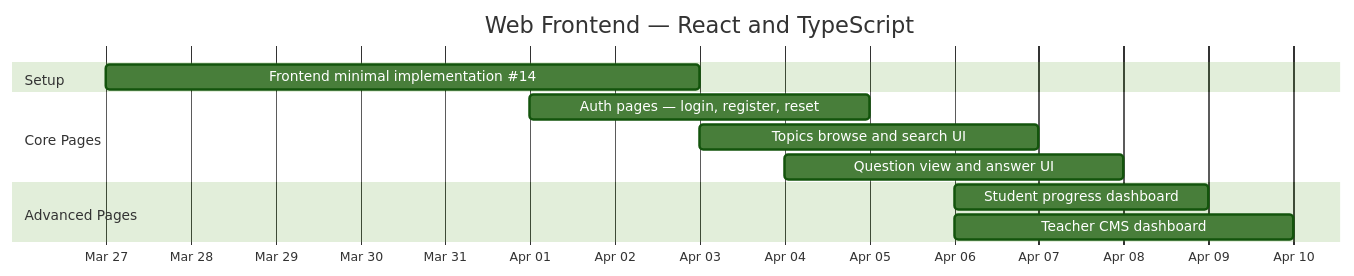
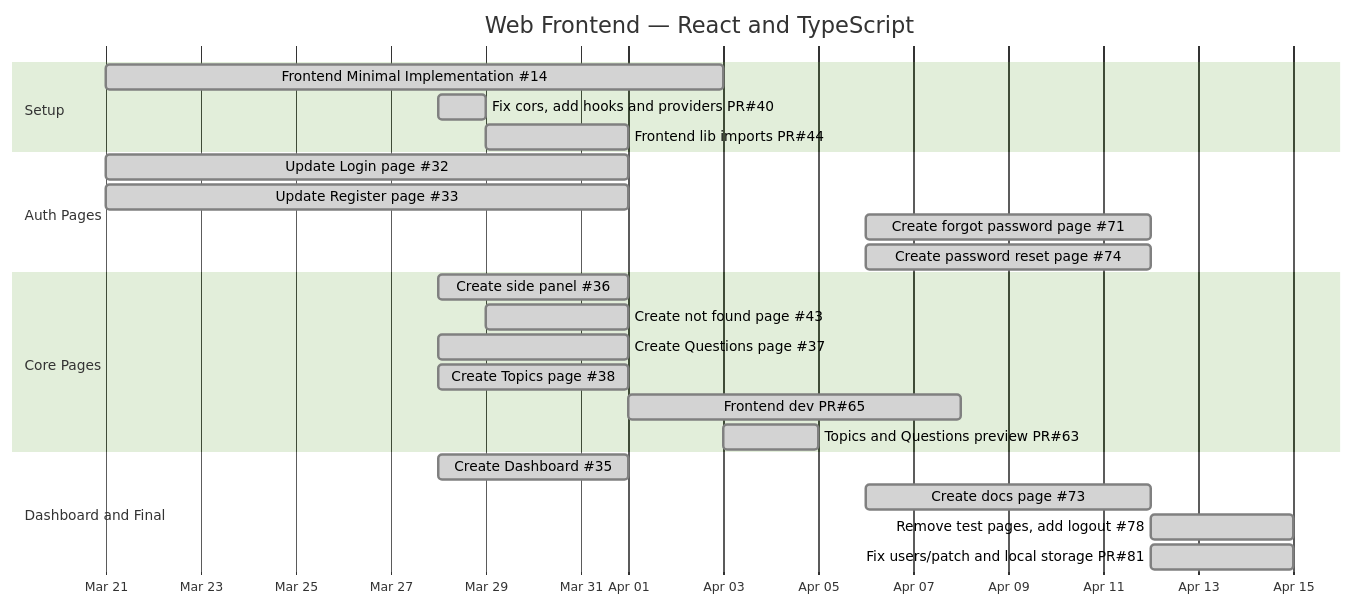
Before and after one commit to LuizGomes56/poosd_final_project: the third of 6 diagrams in GANTT.md, drawn with Mermaid (forest theme). The commit also changed other lines of this file and 1 other file, not shown here.

Commit message:
updated readme and gantt chart

````diff
--- a/GANTT.md
+++ b/GANTT.md
@@ -80,18 +75,31 @@
 ```mermaid
 gantt
     title Web Frontend — React and TypeScript
     dateFormat  YYYY-MM-DD
     axisFormat  %b %d
-
+ 
     section Setup
-    Frontend minimal implementation #14    : fe1, 2026-03-27, 2026-04-03
-
+    Frontend Minimal Implementation #14    :done, fe1, 2026-03-21, 2026-04-03
+    Fix cors, add hooks and providers PR#40 :done, fe2, 2026-03-28, 2026-03-29
+    Frontend lib imports PR#44             :done, fe3, 2026-03-29, 2026-04-01
+ 
+    section Auth Pages
+    Update Login page #32                  :done, fe4, 2026-03-21, 2026-04-01
+    Update Register page #33               :done, fe5, 2026-03-21, 2026-04-01
+    Create forgot password page #71        :done, fe6, 2026-04-06, 2026-04-12
+    Create password reset page #74         :done, fe7, 2026-04-06, 2026-04-12
+ 
     section Core Pages
-    Auth pages — login, register, reset    : fe2, 2026-04-01, 2026-04-05
-    Topics browse and search UI            : fe3, 2026-04-03, 2026-04-07
-    Question view and answer UI            : fe4, 2026-04-04, 2026-04-08
-
-    section Advanced Pages
-    Student progress dashboard             : fe5, 2026-04-06, 2026-04-09
-    Teacher CMS dashboard                  : fe6, 2026-04-06, 2026-04-10
+    Create side panel #36                  :done, fe8, 2026-03-28, 2026-04-01
+    Create not found page #43              :done, fe9, 2026-03-29, 2026-04-01
+    Create Questions page #37              :done, fe10, 2026-03-28, 2026-04-01
+    Create Topics page #38                 :done, fe11, 2026-03-28, 2026-04-01
+    Frontend dev PR#65                     :done, fe12, 2026-04-01, 2026-04-08
+    Topics and Questions preview PR#63     :done, fe13, 2026-04-03, 2026-04-05
+ 
+    section Dashboard and Final
+    Create Dashboard #35                   :done, fe14, 2026-03-28, 2026-04-01
+    Create docs page #73                   :done, fe15, 2026-04-06, 2026-04-12
+    Remove test pages, add logout #78      :done, fe16, 2026-04-12, 2026-04-15
+    Fix users/patch and local storage PR#81 :done, fe17, 2026-04-12, 2026-04-15
 ```
````
